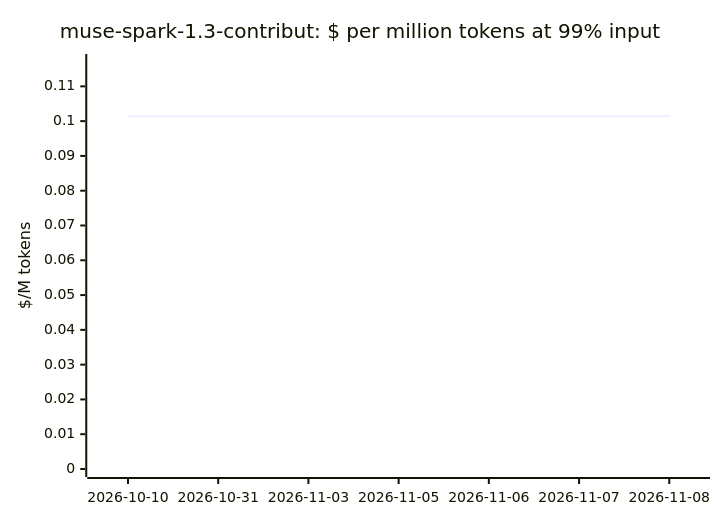
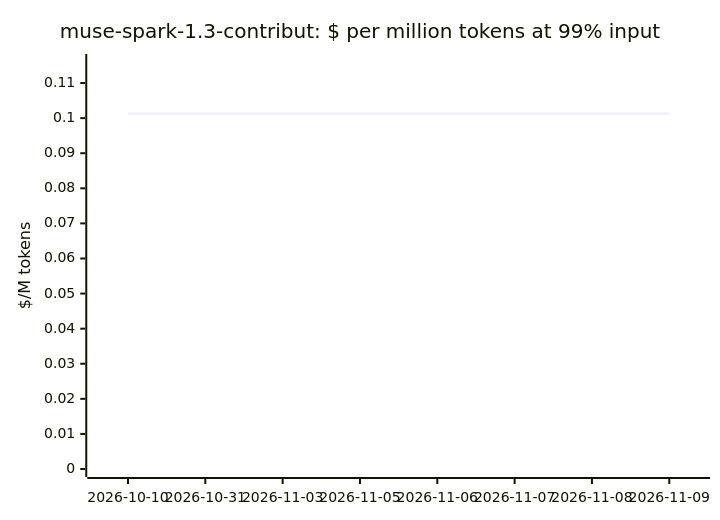
The ninth of 20 diagrams in docs/openrouter-models.md (cklukas/OMEGA_TRANSFORM), drawn with Mermaid before and after one commit. The commit also changed other lines of this file and 47 other files, not shown here.

````diff
--- a/docs/openrouter-models.md
+++ b/docs/openrouter-models.md
@@ -212,7 +212,7 @@
 ```mermaid
 xychart-beta
     title "muse-spark-1.3-contribut: $ per million tokens at 99% input"
-    x-axis ["2026-10-10", "2026-10-31", "2026-11-03", "2026-11-05", "2026-11-06", "2026-11-07", "2026-11-08"]
-    y-axis "$/M tokens" 0 --> 0.117
-    line [0.1014, 0.1014, 0.1014, 0.1014, 0.1014, 0.1014, 0.1014]
+    x-axis ["2026-10-10", "2026-10-31", "2026-11-03", "2026-11-05", "2026-11-06", "2026-11-07", "2026-11-08", "2026-11-09"]
+    y-axis "$/M tokens" 0 --> 0.116
+    line [0.1013, 0.1013, 0.1013, 0.1013, 0.1013, 0.1013, 0.1013, 0.1013]
 ```
````
